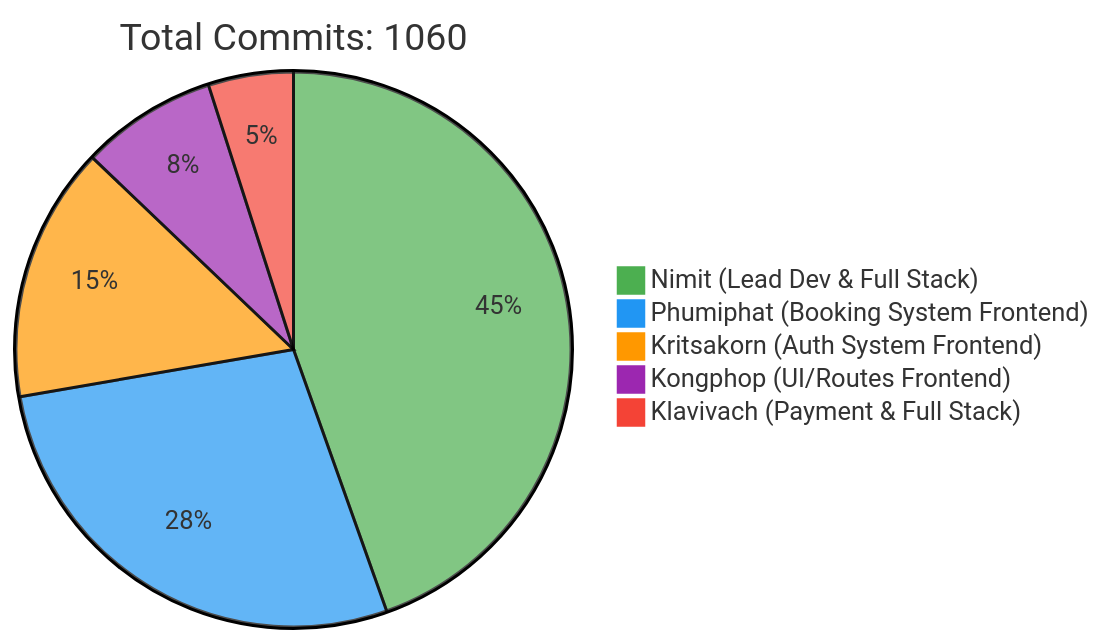
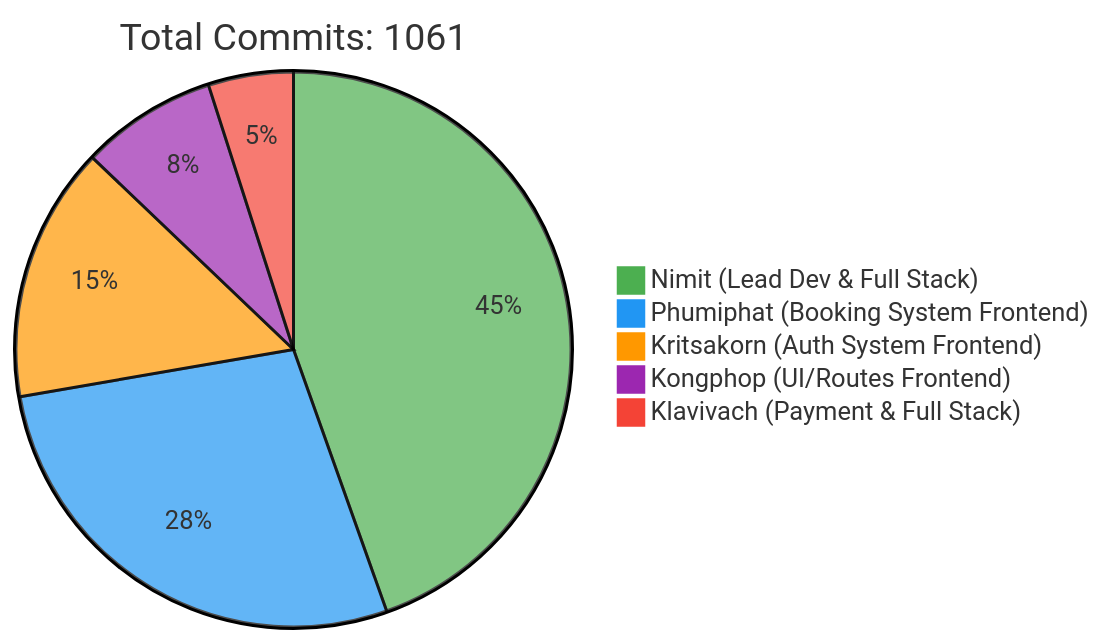
One commit to 6531503042/Sport-Complex changed the first of 2 diagrams in README.md. Above: the diagram before and after it, drawn with Mermaid. The commit also changed other lines of this file, not shown here.

Commit message:
docs: Update contributor statistics [skip ci]

````diff
--- a/README.md
+++ b/README.md
@@ -240,10 +240,10 @@
 ```mermaid
 %%{init: {'theme': 'base', 'themeVariables': { 'pie1': '#4CAF50', 'pie2': '#2196F3', 'pie3': '#FF9800', 'pie4': '#9C27B0', 'pie5': '#F44336'}}}%%
 pie
-    title Total Commits: 1060
+    title Total Commits: 1061
     "Nimit (Lead Dev & Full Stack)" : 450
     "Phumiphat (Booking System Frontend)" : 280
     "Kritsakorn (Auth System Frontend)" : 150
     "Kongphop (UI/Routes Frontend)" : 80
     "Klavivach (Payment & Full Stack)" : 50
 ```
````
